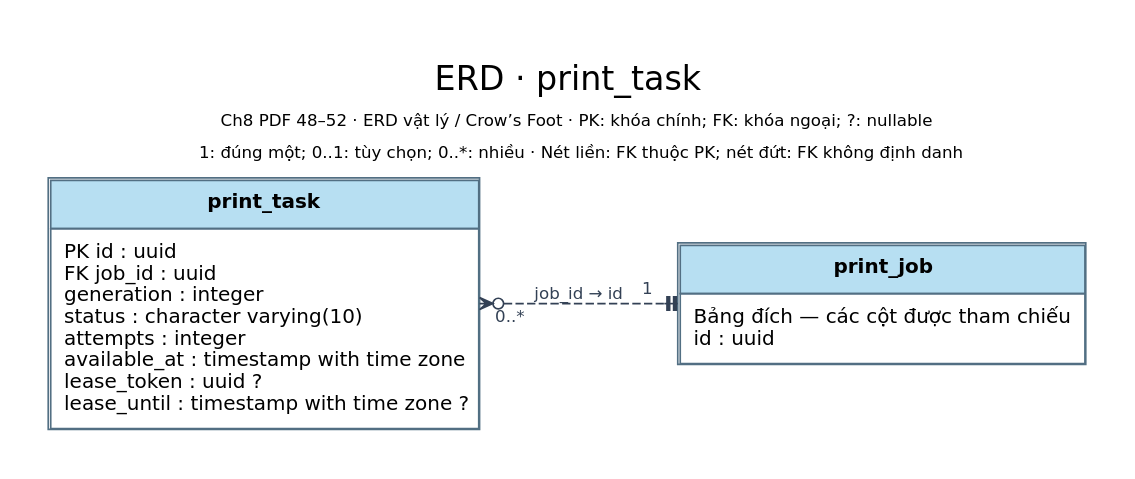
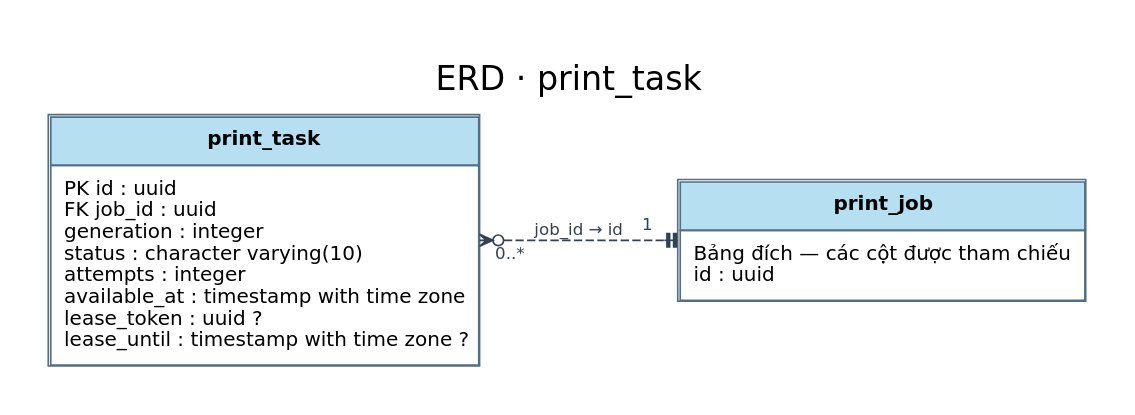
The diagram in 03_So_do/Hien_hanh/dot/ERD_print_task.dot (TEAM-DEV-FIVE/WMS_BA_2_0), drawn with Graphviz before and after one commit. The commit also changed 268 other files, not shown here.

Commit message:
docs: remove technical captions from current diagrams

```diff
--- a/03_So_do/Hien_hanh/dot/ERD_print_task.dot
+++ b/03_So_do/Hien_hanh/dot/ERD_print_task.dot
@@ -1,9 +1,9 @@
 digraph WMS {
 graph [rankdir=LR, bgcolor="white", nodesep=.5, ranksep=.9, pad=.3];
 node [shape=plain, fontname="DejaVu Sans", fontsize=12];
 edge [fontname="DejaVu Sans", fontsize=10, color="#334155", fontcolor="#334155", arrowsize=.8];
-label=<<TABLE BORDER="0" CELLBORDER="0" CELLPADDING="3"><TR><TD><FONT POINT-SIZE="20">ERD · print_task</FONT></TD></TR><TR><TD><FONT POINT-SIZE="10">Ch8 PDF 48–52 · ERD vật lý / Crow’s Foot · PK: khóa chính; FK: khóa ngoại; ?: nullable</FONT></TD></TR><TR><TD><FONT POINT-SIZE="10">1: đúng một; 0..1: tùy chọn; 0..*: nhiều · Nét liền: FK thuộc PK; nét đứt: FK không định danh</FONT></TD></TR></TABLE>>; labelloc=t; fontname="DejaVu Sans"; fontsize=16;
+label=<<TABLE BORDER="0" CELLBORDER="0" CELLPADDING="3"><TR><TD><FONT POINT-SIZE="20">ERD · print_task</FONT></TD></TR></TABLE>>; labelloc=t; fontname="DejaVu Sans"; fontsize=16;
 "print_task" [label=<<TABLE BORDER="1" CELLBORDER="1" CELLSPACING="0" CELLPADDING="7" COLOR="#526f83"><TR><TD BGCOLOR="#b7dff2"><B>print_task</B></TD></TR><TR><TD ALIGN="LEFT" BALIGN="LEFT">PK id : uuid<BR ALIGN="LEFT"/>FK job_id : uuid<BR ALIGN="LEFT"/>generation : integer<BR ALIGN="LEFT"/>status : character varying(10)<BR ALIGN="LEFT"/>attempts : integer<BR ALIGN="LEFT"/>available_at : timestamp with time zone<BR ALIGN="LEFT"/>lease_token : uuid ?<BR ALIGN="LEFT"/>lease_until : timestamp with time zone ?</TD></TR></TABLE>>];
 "print_job" [label=<<TABLE BORDER="1" CELLBORDER="1" CELLSPACING="0" CELLPADDING="7" COLOR="#526f83"><TR><TD BGCOLOR="#b7dff2"><B>print_job</B></TD></TR><TR><TD ALIGN="LEFT" BALIGN="LEFT">Bảng đích — các cột được tham chiếu<BR ALIGN="LEFT"/>id : uuid</TD></TR></TABLE>>];
 "print_task" -> "print_job" [label="job_id → id", dir="both", arrowtail="crowodot", arrowhead="teetee", taillabel="0..*", headlabel="1", labeldistance="2", style="dashed"];
 }
```
